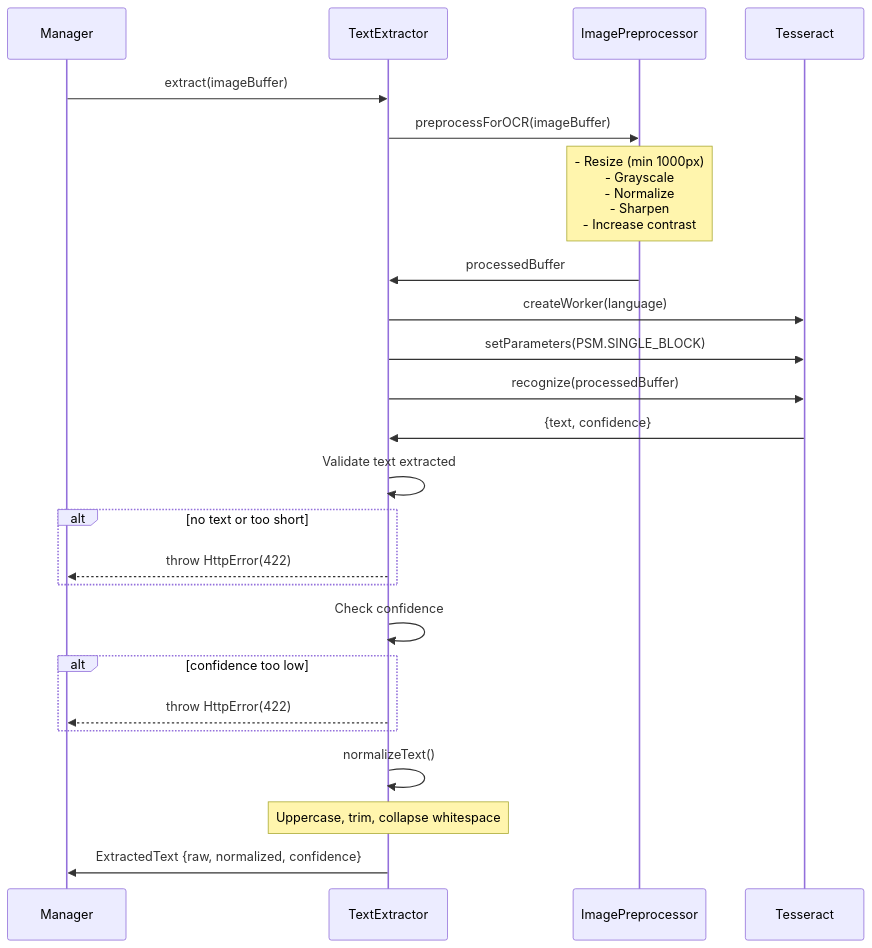
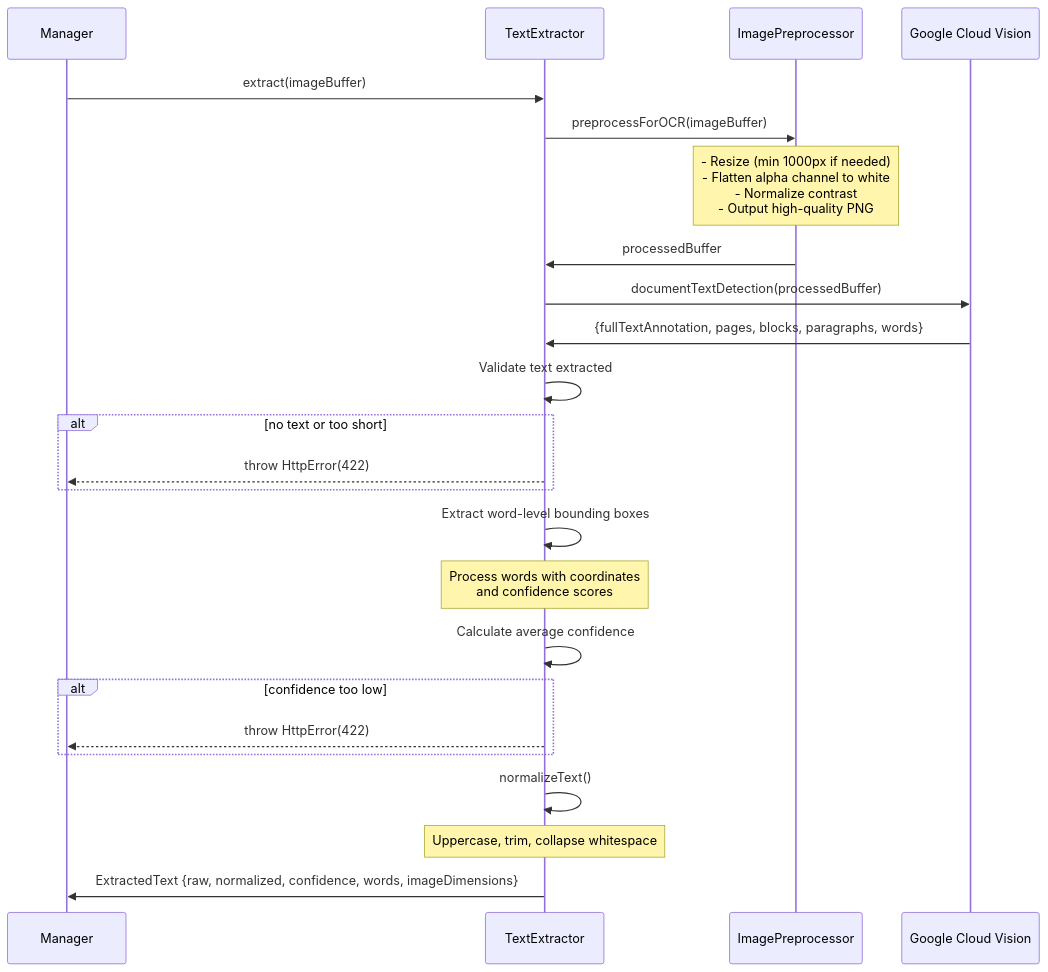
One commit to Jnolley/alcohol-label-verification changed the diagram in backend/src/services/engine/ocr/ocr.md. Above: the diagram before and after it, drawn with Mermaid. The commit also changed other lines of this file and 62 other files, not shown here.

````diff
--- a/backend/src/services/engine/ocr/ocr.md
+++ b/backend/src/services/engine/ocr/ocr.md
@@ -7,33 +7,34 @@
 ```mermaid
 sequenceDiagram
     participant Manager
     participant Extractor as TextExtractor
     participant Preprocessor as ImagePreprocessor
-    participant Tesseract
+    participant Vision as Google Cloud Vision
 
     Manager->>Extractor: extract(imageBuffer)
 
     Extractor->>Preprocessor: preprocessForOCR(imageBuffer)
-    Note over Preprocessor: - Resize (min 1000px)<br/>- Grayscale<br/>- Normalize<br/>- Sharpen<br/>- Increase contrast
+    Note over Preprocessor: - Resize (min 1000px if needed)<br/>- Flatten alpha channel to white<br/>- Normalize contrast<br/>- Output high-quality PNG
     Preprocessor->>Extractor: processedBuffer
 
-    Extractor->>Tesseract: createWorker(language)
-    Extractor->>Tesseract: setParameters(PSM.SINGLE_BLOCK)
-    Extractor->>Tesseract: recognize(processedBuffer)
-    Tesseract->>Extractor: {text, confidence}
+    Extractor->>Vision: documentTextDetection(processedBuffer)
+    Vision->>Extractor: {fullTextAnnotation, pages, blocks, paragraphs, words}
 
     Extractor->>Extractor: Validate text extracted
     alt no text or too short
         Extractor-->>Manager: throw HttpError(422)
     end
 
-    Extractor->>Extractor: Check confidence
+    Extractor->>Extractor: Extract word-level bounding boxes
+    Note over Extractor: Process words with coordinates<br/>and confidence scores
+
+    Extractor->>Extractor: Calculate average confidence
     alt confidence too low
         Extractor-->>Manager: throw HttpError(422)
     end
 
     Extractor->>Extractor: normalizeText()
     Note over Extractor: Uppercase, trim, collapse whitespace
 
-    Extractor->>Manager: ExtractedText {raw, normalized, confidence}
+    Extractor->>Manager: ExtractedText {raw, normalized, confidence, words, imageDimensions}
 ```
````
